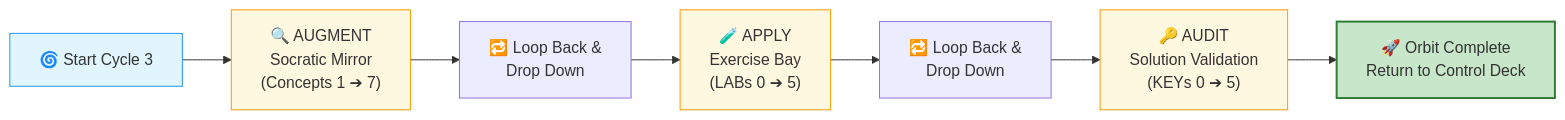
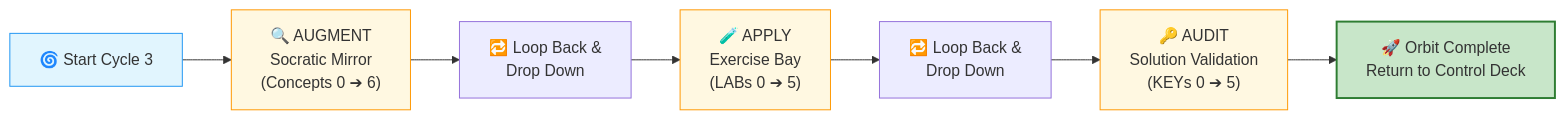
The first of 2 diagrams in Level-1-beginner/Module5-GenAI-Walkthrough/01-The-Socratic-Mirror/CYCLE3_GUIDE.md (uniqueumamaheswari-universe/SQLVerse), drawn with Mermaid before and after one commit. The commit also changed other lines of this file and 3 other files, not shown here.

````diff
--- a/Level-1-beginner/Module5-GenAI-Walkthrough/01-The-Socratic-Mirror/CYCLE3_GUIDE.md
+++ b/Level-1-beginner/Module5-GenAI-Walkthrough/01-The-Socratic-Mirror/CYCLE3_GUIDE.md
@@ -66,15 +30,15 @@
 ```mermaid
 flowchart LR
-    Start["🌀 Start Cycle 3"] --> Augment["🔍 AUGMENT<br/>Socratic Mirror<br/>(Concepts 1 ➔ 7)"]
+    Start["🌀 Start Cycle 3"] --> Augment["🔍 AUGMENT<br/>Socratic Mirror<br/>(Concepts 0 ➔ 6)"]
     Augment --> Loop1["🔁 Loop Back &<br/>Drop Down"]
     Loop1 --> Apply["🧪 APPLY<br/>Exercise Bay<br/>(LABs 0 ➔ 5)"]
     Apply --> Loop2["🔁 Loop Back &<br/>Drop Down"]
     Loop2 --> Audit["🔑 AUDIT<br/>Solution Validation<br/>(KEYs 0 ➔ 5)"]
     Audit --> Exit["🚀 Orbit Complete<br/>Return to Control Deck"]
 
     style Start fill:#e1f5fe,stroke:#2196f3
     style Augment fill:#fff8e1,stroke:#ff9800
     style Apply fill:#fff8e1,stroke:#ff9800
     style Audit fill:#fff8e1,stroke:#ff9800
     style Exit fill:#c8e6c9,stroke:#2e7d32,stroke-width:2px
 ```
````
